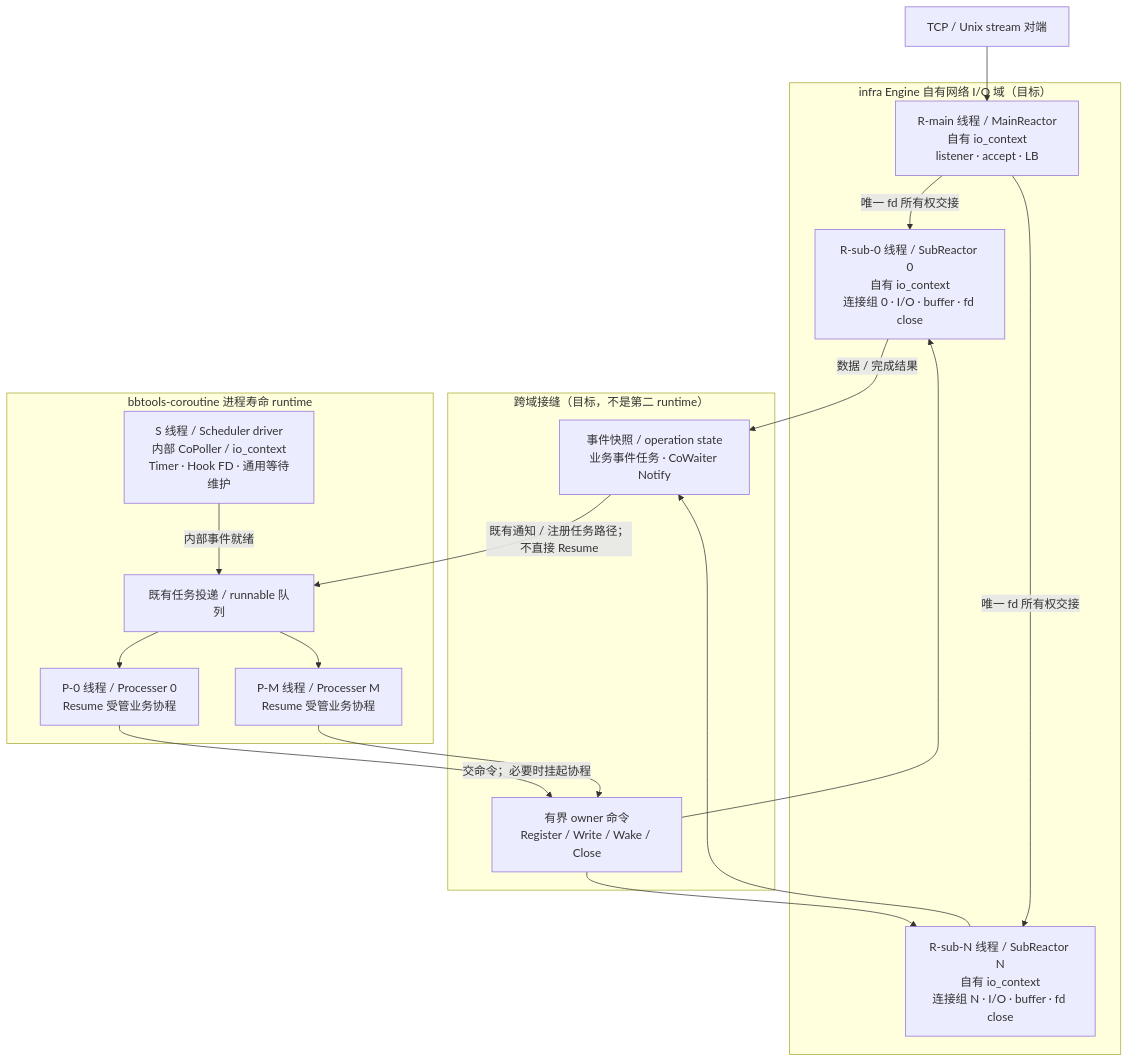
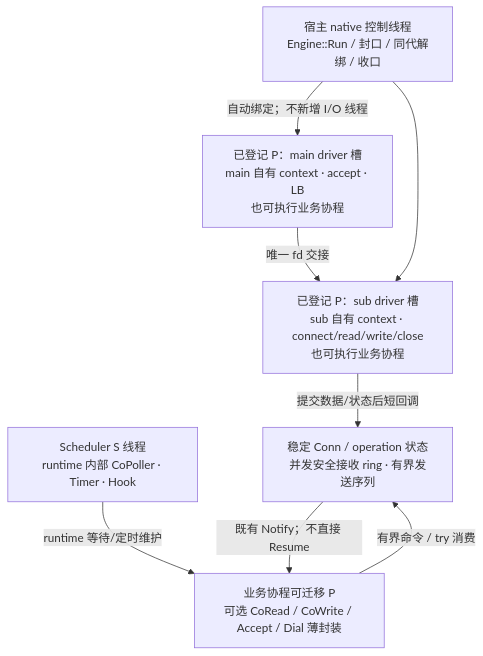
Before and after one commit to yqm-307/bbtools-infra: the diagram in docs/architecture/gnet-network-execution.md, drawn with Mermaid. The commit also changed other lines of this file and 3 other files, not shown here.

Commit message:
docs(net): 对齐 Processer 驱动 TCP R2 核心契约

````diff
--- a/docs/architecture/gnet-network-execution.md
+++ b/docs/architecture/gnet-network-execution.md
@@ -20,32 +20,16 @@
 ```mermaid
 flowchart TB
-    Peer["TCP / Unix stream 对端"]
-    subgraph IO["infra Engine 自有网络 I/O 域（目标）"]
-        Main["R-main 线程 / MainReactor<br/>自有 io_context<br/>listener · accept · LB"]
-        R0["R-sub-0 线程 / SubReactor 0<br/>自有 io_context<br/>连接组 0 · I/O · buffer · fd close"]
-        RN["R-sub-N 线程 / SubReactor N<br/>自有 io_context<br/>连接组 N · I/O · buffer · fd close"]
-        Main -->|"唯一 fd 所有权交接"| R0
-        Main -->|"唯一 fd 所有权交接"| RN
-    end
-    subgraph Bridge["跨域接缝（目标，不是第二 runtime）"]
-        Cmd["有界 owner 命令<br/>Register / Write / Wake / Close"]
-        Evt["事件快照 / operation state<br/>业务事件任务 · CoWaiter Notify"]
-    end
-    subgraph RT["bbtools-coroutine 进程寿命 runtime"]
-        S["S 线程 / Scheduler driver<br/>内部 CoPoller / io_context<br/>Timer · Hook FD · 通用等待维护"]
-        Queue["既有任务投递 / runnable 队列"]
-        P0["P-0 线程 / Processer 0<br/>Resume 受管业务协程"]
-        PM["P-M 线程 / Processer M<br/>Resume 受管业务协程"]
-        S -->|"内部事件就绪"| Queue
-        Queue --> P0
-        Queue --> PM
-    end
-    Peer --> Main
-    P0 -->|"交命令；必要时挂起协程"| Cmd
-    PM --> Cmd
-    Cmd --> R0
-    Cmd --> RN
-    R0 -->|"数据 / 完成结果"| Evt
-    RN --> Evt
-    Evt -->|"既有通知 / 注册任务路径；不直接 Resume"| Queue
+    Host["宿主 native 控制线程<br/>Engine::Run / 封口 / 同代解绑 / 收口"]
+    S["Scheduler S 线程<br/>runtime 内部 CoPoller · Timer · Hook"]
+    P0["已登记 P：main driver 槽<br/>main 自有 context · accept · LB<br/>也可执行业务协程"]
+    P1["已登记 P：sub driver 槽<br/>sub 自有 context · connect/read/write/close<br/>也可执行业务协程"]
+    State["稳定 Conn / operation 状态<br/>并发安全接收 ring · 有界发送序列"]
+    Co["业务协程可迁移 P<br/>可选 CoRead / CoWrite / Accept / Dial 薄封装"]
+    Host -->|"自动绑定；不新增 I/O 线程"| P0
+    Host --> P1
+    P0 -->|"唯一 fd 交接"| P1
+    P1 -->|"提交数据/状态后短回调"| State
+    Co -->|"有界命令 / try 消费"| State
+    State -->|"既有 Notify；不直接 Resume"| Co
+    S -->|"runtime 等待/定时维护"| Co
 ```
````
